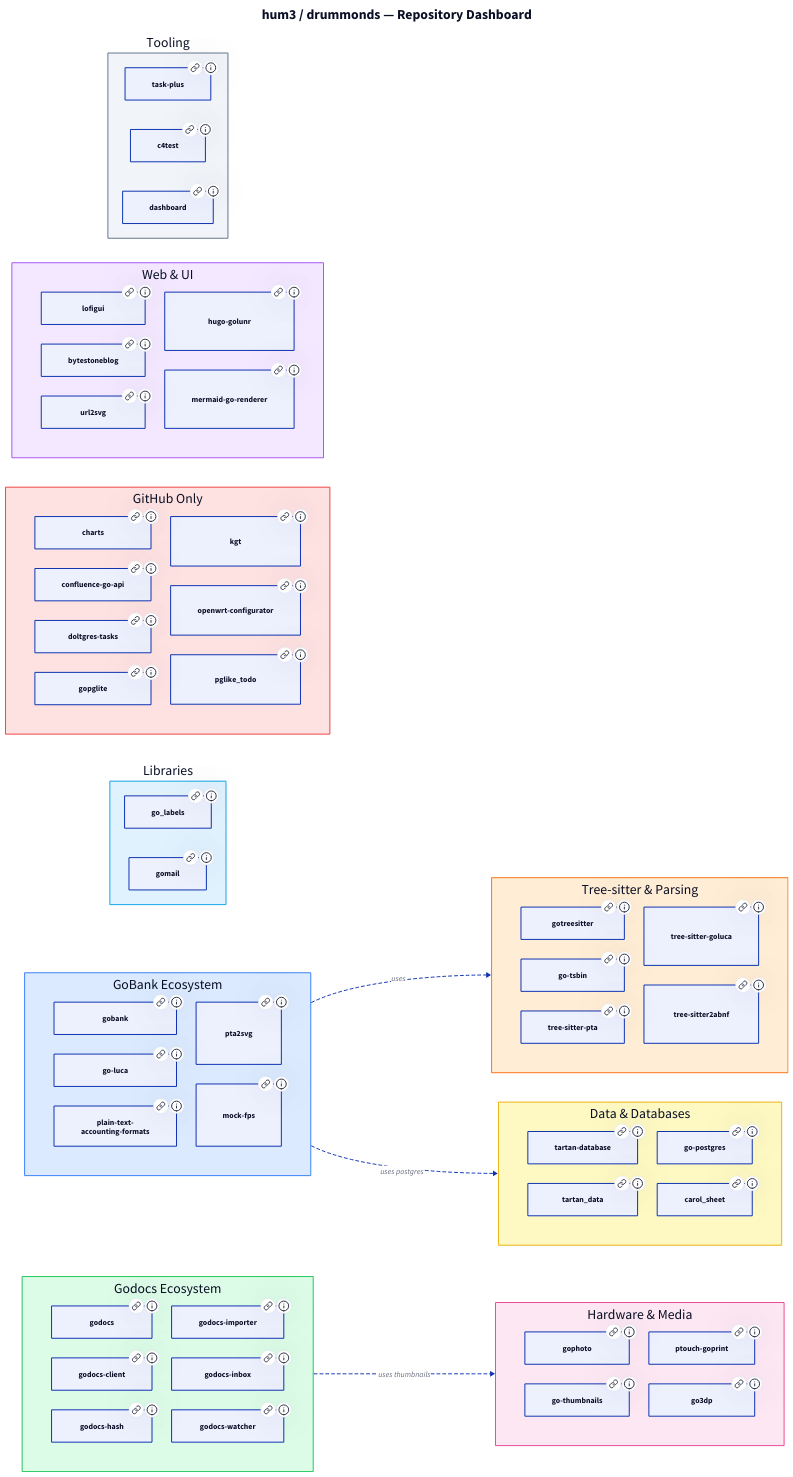
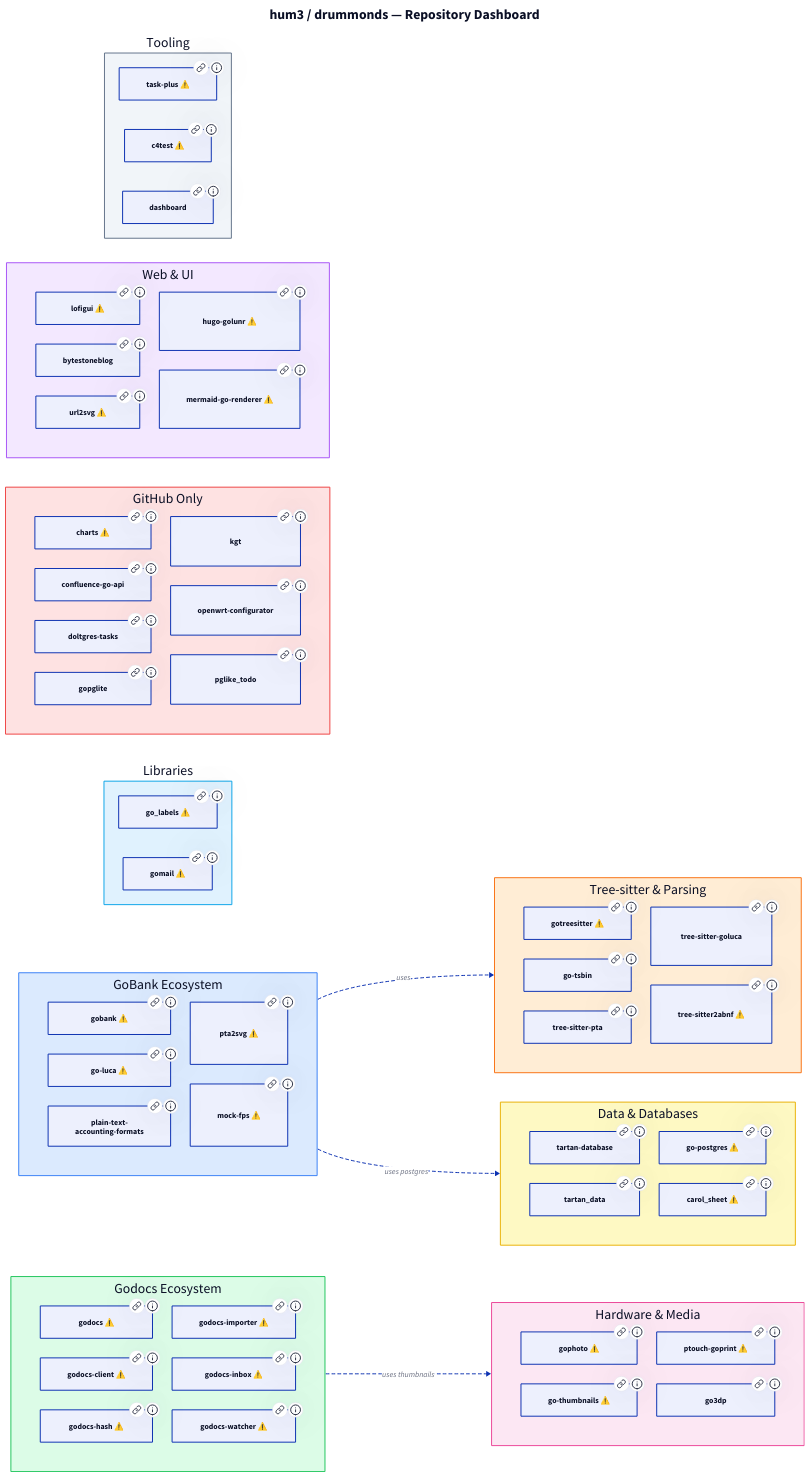
Before and after one commit to drummonds/dashboard: the diagram in dashboard.d2, drawn with D2. The commit also changed 4 other files, not shown here.

```diff
--- a/dashboard.d2
+++ b/dashboard.d2
@@ -12,24 +12,24 @@
   style.stroke: "#3b82f6"
   grid-columns: 2
 
-  gb: gobank {
-    link: https://codeberg.org/hum3/gobank
+  gb: "gobank ⚠️" {
+    link: https://h3-gobank.statichost.page/
     tooltip: "Banking platform"
   }
-  gl: go-luca {
-    link: https://codeberg.org/hum3/go-luca
+  gl: "go-luca ⚠️" {
+    link: https://h3-go-luca.statichost.page/
     tooltip: "Core ledger component inspired by Luca Pacioli"
   }
   ptaf: "plain-text-\naccounting-formats" {
-    link: https://codeberg.org/hum3/plain-text-accounting-formats
+    link: https://h3-pta-formats.statichost.page/
     tooltip: "PTA tree-sitter grammar in Go"
   }
-  p2s: pta2svg {
-    link: https://codeberg.org/hum3/pta2svg
+  p2s: "pta2svg ⚠️" {
+    link: https://h3-pta2svg.statichost.page/
     tooltip: "PTA text to SVG conversion"
   }
-  mfps: mock-fps {
-    link: https://codeberg.org/hum3/mock-fps
+  mfps: "mock-fps ⚠️" {
+    link: https://h3-mock-fps.statichost.page/
     tooltip: "Mock FPS for testing"
   }
 }
@@ -39,8 +39,8 @@
   style.stroke: "#f97316"
   grid-columns: 2
 
-  gts: gotreesitter {
-    link: https://codeberg.org/hum3/gotreesitter
+  gts: "gotreesitter ⚠️" {
+    link: https://h3-gotreesitter.statichost.page/
     tooltip: "Pure Go tree-sitter runtime"
   }
   tsb: go-tsbin {
@@ -48,15 +48,15 @@
     tooltip: "ABNF grammar to ts bin blobs"
   }
   tsp: tree-sitter-pta {
-    link: https://codeberg.org/hum3/tree-sitter-pta
+    link: https://h3-tree-sitter-pta.statichost.page/
     tooltip: "Tree-sitter grammar for PTA files"
   }
   tsgl: tree-sitter-goluca {
-    link: https://codeberg.org/hum3/tree-sitter-goluca
+    link: https://h3-tree-sitter-goluca.statichost.page/
     tooltip: "Tree-sitter grammar for Go-Luca files"
   }
-  ts2a: tree-sitter2abnf {
-    link: https://codeberg.org/hum3/tree-sitter2abnf
+  ts2a: "tree-sitter2abnf ⚠️" {
+    link: https://h3-tree-sitter2abnf.statichost.page/
     tooltip: "Tree-sitter to ABNF conversion and back"
   }
 }
@@ -66,28 +66,28 @@
   style.stroke: "#22c55e"
   grid-columns: 2
 
-  gd: godocs {
-    link: https://codeberg.org/hum3/godocs
+  gd: "godocs ⚠️" {
+    link: https://h3-godocs.statichost.page/
     tooltip: "Document management system for home users"
   }
-  gdc: godocs-client {
-    link: https://codeberg.org/hum3/godocs-client
+  gdc: "godocs-client ⚠️" {
+    link: https://h3-godocs-client.statichost.page/
     tooltip: "Go client for godocs"
   }
-  gdh: godocs-hash {
-    link: https://codeberg.org/hum3/godocs-hash
+  gdh: "godocs-hash ⚠️" {
+    link: https://h3-godocs-hash.statichost.page/
     tooltip: "Hash library and tooling for godocs"
   }
-  gdi: godocs-importer {
-    link: https://codeberg.org/hum3/godocs-importer
+  gdi: "godocs-importer ⚠️" {
+    link: https://h3-godocs-importer.statichost.page/
     tooltip: "Import from Evernote and other repositories"
   }
-  gdin: godocs-inbox {
-    link: https://codeberg.org/hum3/godocs-inbox
+  gdin: "godocs-inbox ⚠️" {
+    link: https://h3-godocs-inbox.statichost.page/
     tooltip: "Local LLM classifier for godocs inbox"
   }
-  gdw: godocs-watcher {
-    link: https://codeberg.org/hum3/godocs-watcher
+  gdw: "godocs-watcher ⚠️" {
+    link: https://h3-godocs-watcher.statichost.page/
     tooltip: "Directory watcher for automatic imports"
   }
 }
@@ -97,24 +97,24 @@
   style.stroke: "#a855f7"
   grid-columns: 2
 
-  lg: lofigui {
-    link: https://codeberg.org/hum3/lofigui
+  lg: "lofigui ⚠️" {
+    link: https://h3-lofigui.statichost.page/
     tooltip: "HTML/CSS-first simple web front ends"
   }
   bb: bytestoneblog {
-    link: https://codeberg.org/hum3/bytestoneblog
+    link: https://h3-bytestoneblog.statichost.page/
     tooltip: "Blog on Kubernetes"
   }
-  u2s: url2svg {
-    link: https://codeberg.org/hum3/url2svg
+  u2s: "url2svg ⚠️" {
+    link: https://h3-url2svg.statichost.page/
     tooltip: "URL to SVG representation"
   }
-  hgl: hugo-golunr {
-    link: https://codeberg.org/hum3/hugo-golunr
+  hgl: "hugo-golunr ⚠️" {
+    link: https://h3-hugo-golunr.statichost.page/
     tooltip: "Hugo lunr alternative in Go"
   }
-  mgr: mermaid-go-renderer {
-    link: https://codeberg.org/hum3/mermaid-go-renderer
+  mgr: "mermaid-go-renderer ⚠️" {
+    link: https://h3-mermaid-go-renderer.statichost.page/
     tooltip: "Fast native Go Mermaid diagram renderer"
   }
 }
@@ -124,20 +124,20 @@
   style.stroke: "#ec4899"
   grid-columns: 2
 
-  gp: gophoto {
-    link: https://codeberg.org/hum3/gophoto
+  gp: "gophoto ⚠️" {
+    link: https://h3-gophoto.statichost.page/
     tooltip: "GoKrazy picture frame"
   }
-  gth: go-thumbnails {
-    link: https://codeberg.org/hum3/go-thumbnails
+  gth: "go-thumbnails ⚠️" {
+    link: https://h3-go-thumbnails.statichost.page/
     tooltip: "Document thumbnail generator"
   }
-  ptg: ptouch-goprint {
-    link: https://codeberg.org/hum3/ptouch-goprint
+  ptg: "ptouch-goprint ⚠️" {
+    link: https://h3-ptouch-goprint.statichost.page/
     tooltip: "Go port for Ptouch E550W printer"
   }
   g3d: go3dp {
-    link: https://codeberg.org/hum3/go3dp
+    link: https://h3-go3dp.statichost.page/
     tooltip: "3D printing"
   }
 }
@@ -148,19 +148,19 @@
   grid-columns: 2
 
   tdb: tartan-database {
-    link: https://codeberg.org/hum3/tartan-database
+    link: https://h3-tartan-database.statichost.page/
     tooltip: "Tartan database"
   }
   td: tartan_data {
-    link: https://codeberg.org/hum3/tartan_data
+    link: https://h3-tartan-data.statichost.page/
     tooltip: "Tartan data"
   }
-  gpg: go-postgres {
-    link: https://codeberg.org/hum3/go-postgres
+  gpg: "go-postgres ⚠️" {
+    link: https://h3-go-postgres.statichost.page/
     tooltip: "Pure Go Postgres with local file storage"
   }
-  cs: carol_sheet {
-    link: https://codeberg.org/hum3/carol_sheet
+  cs: "carol_sheet ⚠️" {
+    link: https://h3-carol-sheet.statichost.page/
     tooltip: "Carol sheets with accordion notation"
   }
 }
@@ -169,16 +169,16 @@
   style.fill: "#f1f5f9"
   style.stroke: "#64748b"
 
-  tp: task-plus {
-    link: https://codeberg.org/hum3/task-plus
+  tp: "task-plus ⚠️" {
+    link: https://h3-task-plus.statichost.page/
     tooltip: "Release helper for taskfile.dev"
   }
-  c4: c4test {
-    link: https://codeberg.org/hum3/c4test
+  c4: "c4test ⚠️" {
+    link: https://h3-c4test.statichost.page/
     tooltip: "C4 architecture testing"
   }
   db: dashboard {
-    link: https://codeberg.org/hum3/dashboard
+    link: https://h3-dashboard.statichost.page/
     tooltip: "This repository dashboard"
   }
 }
@@ -187,12 +187,12 @@
   style.fill: "#e0f2fe"
   style.stroke: "#0ea5e9"
 
-  glb: go_labels {
-    link: https://codeberg.org/hum3/go_labels
+  glb: "go_labels ⚠️" {
+    link: https://h3-go-labels.statichost.page/
     tooltip: "Labels library"
   }
-  gm: gomail {
-    link: https://codeberg.org/hum3/gomail
+  gm: "gomail ⚠️" {
+    link: https://h3-gomail.statichost.page/
     tooltip: "Mail library"
   }
 }
@@ -202,7 +202,7 @@
   style.stroke: "#ef4444"
   grid-columns: 2
 
-  ch: charts {
+  ch: "charts ⚠️" {
     link: https://github.com/drummonds/charts
     tooltip: "Go charting and graphing library"
   }
```
